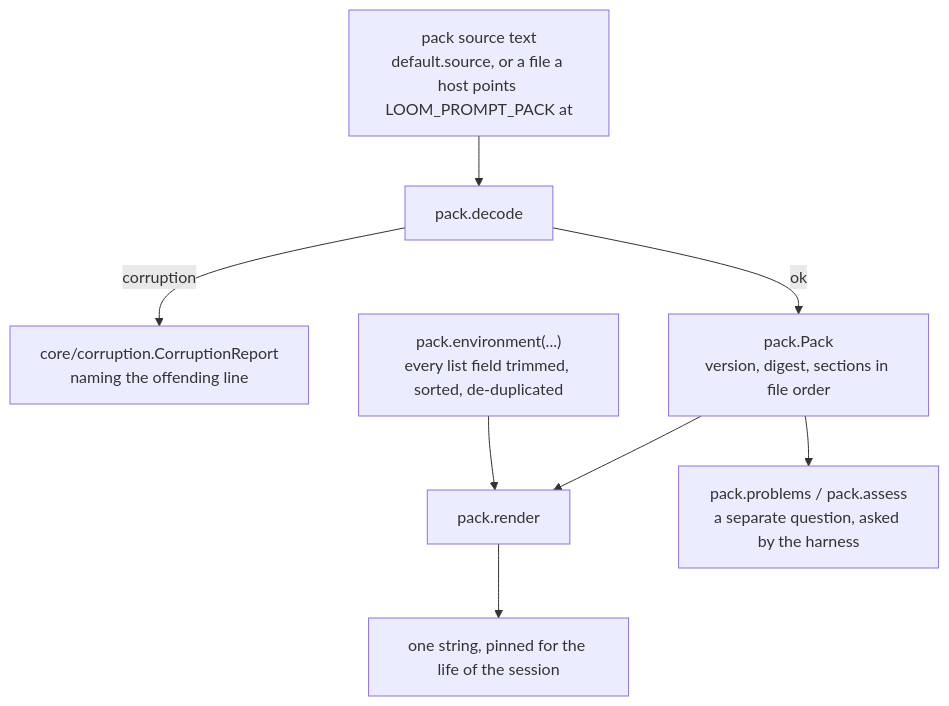
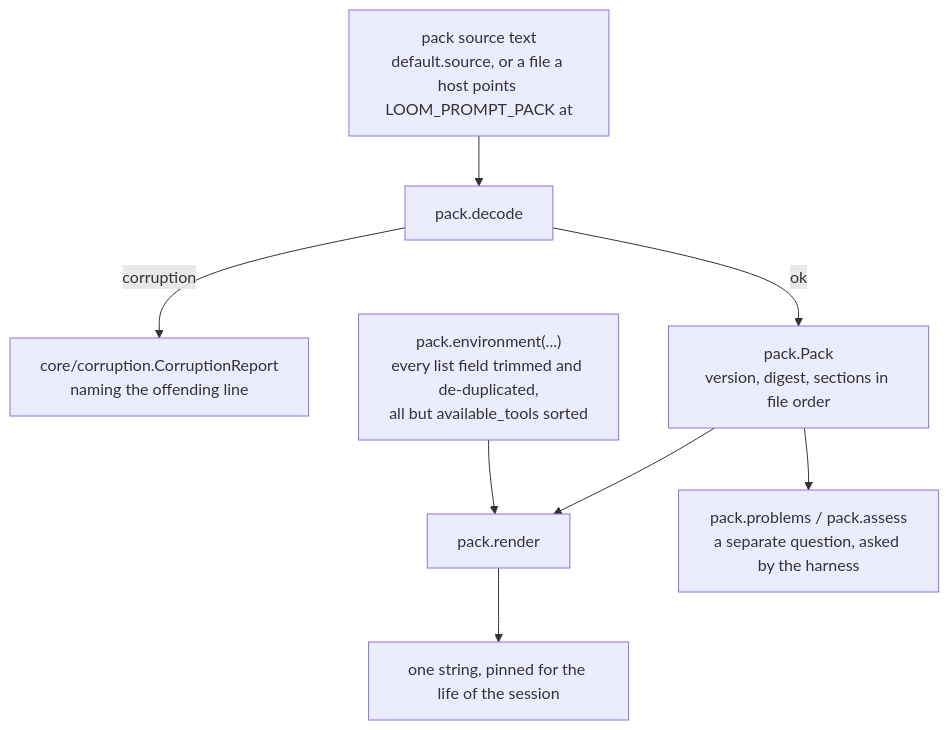
Before and after one commit to Roasbeef/loom: the first of 5 diagrams in packages/prompt/README.md, drawn with Mermaid. The commit also changed other lines of this file, not shown here.

````diff
--- a/packages/prompt/README.md
+++ b/packages/prompt/README.md
@@ -61,12 +81,12 @@
 ```mermaid
 flowchart TD
   SRC["pack source text<br/>default.source, or a file a host points LOOM_PROMPT_PACK at"]
   SRC --> DEC["pack.decode"]
   DEC -->|corruption| CR["core/corruption.CorruptionReport<br/>naming the offending line"]
   DEC -->|ok| PK["pack.Pack<br/>version, digest, sections in file order"]
-  ENV["pack.environment(...)<br/>every list field trimmed, sorted, de-duplicated"]
+  ENV["pack.environment(...)<br/>every list field trimmed and de-duplicated,<br/>all but available_tools sorted"]
   PK --> R["pack.render"]
   ENV --> R
   R --> OUT["one string, pinned for the life of the session"]
   PK --> PB["pack.problems / pack.assess<br/>a separate question, asked by the harness"]
 ```
````
